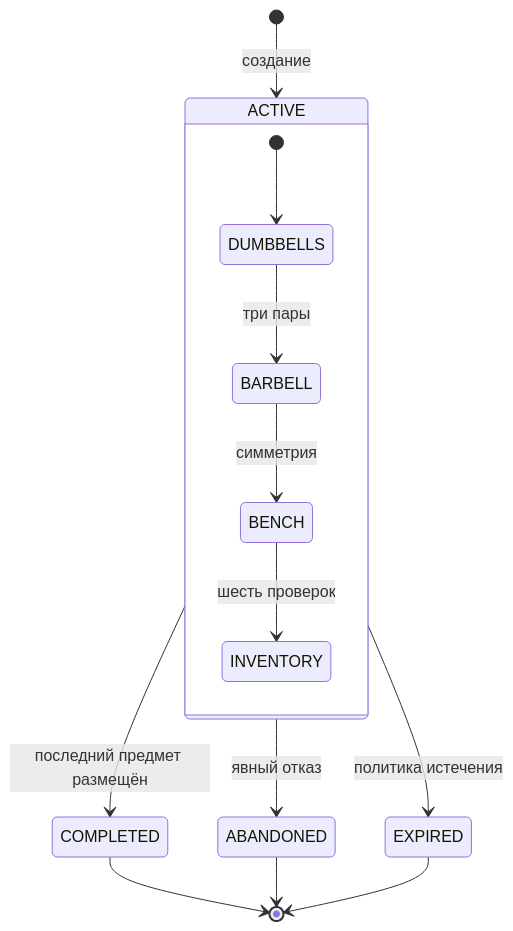
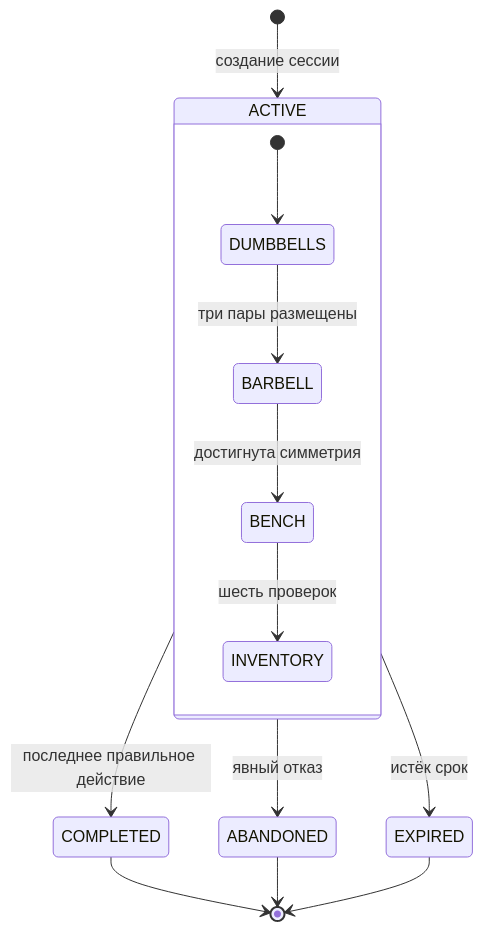
Before and after one commit to spicerrr/ddx-first-approach: the second of 3 diagrams in first-set/sa/README.md, drawn with Mermaid. The commit also changed other lines of this file, not shown here.

````diff
--- a/first-set/sa/README.md
+++ b/first-set/sa/README.md
@@ -63,16 +61,16 @@
 ```mermaid
 stateDiagram-v2
-    [*] --> ACTIVE: создание
+    [*] --> ACTIVE: создание сессии
     state ACTIVE {
-      [*] --> DUMBBELLS
-      DUMBBELLS --> BARBELL: три пары
-      BARBELL --> BENCH: симметрия
-      BENCH --> INVENTORY: шесть проверок
+        [*] --> DUMBBELLS
+        DUMBBELLS --> BARBELL: три пары размещены
+        BARBELL --> BENCH: достигнута симметрия
+        BENCH --> INVENTORY: шесть проверок
     }
-    ACTIVE --> COMPLETED: последний предмет размещён
+    ACTIVE --> COMPLETED: последнее правильное действие
     ACTIVE --> ABANDONED: явный отказ
-    ACTIVE --> EXPIRED: политика истечения
+    ACTIVE --> EXPIRED: истёк срок
     COMPLETED --> [*]
     ABANDONED --> [*]
     EXPIRED --> [*]
 ```
````
